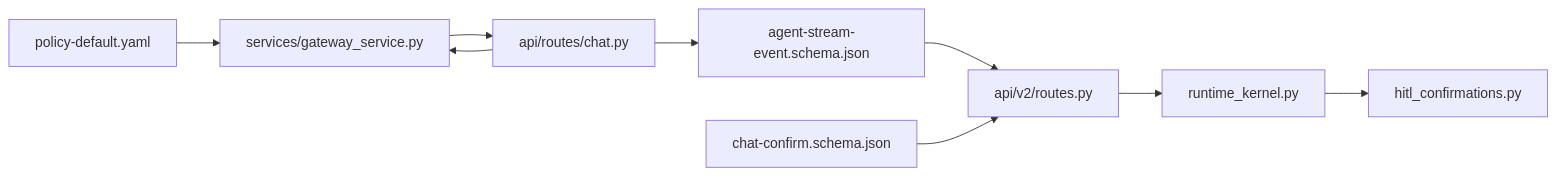
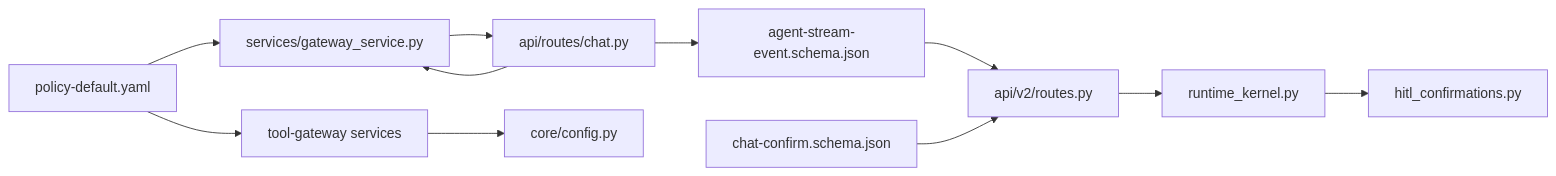
One commit to metasync/luban-aiops changed the ninth of 9 diagrams in .qoder/repowiki/en/content/Agent Platform Service/HITL Confirmation Bridging (SPEC-020).md. Above: the diagram before and after it, drawn with Mermaid. The commit also changed other lines of this file and 43 other files, not shown here.

````diff
--- a/.qoder/repowiki/en/content/Agent Platform Service/HITL Confirmation Bridging (SPEC-020).md
+++ b/.qoder/repowiki/en/content/Agent Platform Service/HITL Confirmation Bridging (SPEC-020).md
@@ -336,11 +400,13 @@
 ```mermaid
 graph LR
 SCHEMA["agent-stream-event.schema.json"] --> ROUTES["api/v2/routes.py"]
 CONFIRM_SCHEMA["chat-confirm.schema.json"] --> ROUTES
 POLICY["policy-default.yaml"] --> GWSVC["services/gateway_service.py"]
+POLICY --> TGSVC["tool-gateway services"]
 GWSVC --> CHATROUTE["api/routes/chat.py"]
 ROUTES --> KERNEL["runtime_kernel.py"]
 KERNEL --> REGISTRY["hitl_confirmations.py"]
 CHATROUTE --> GWSVC
 CHATROUTE --> SCHEMA
+TGSVC --> CONFIG["core/config.py"]
 ```
````
